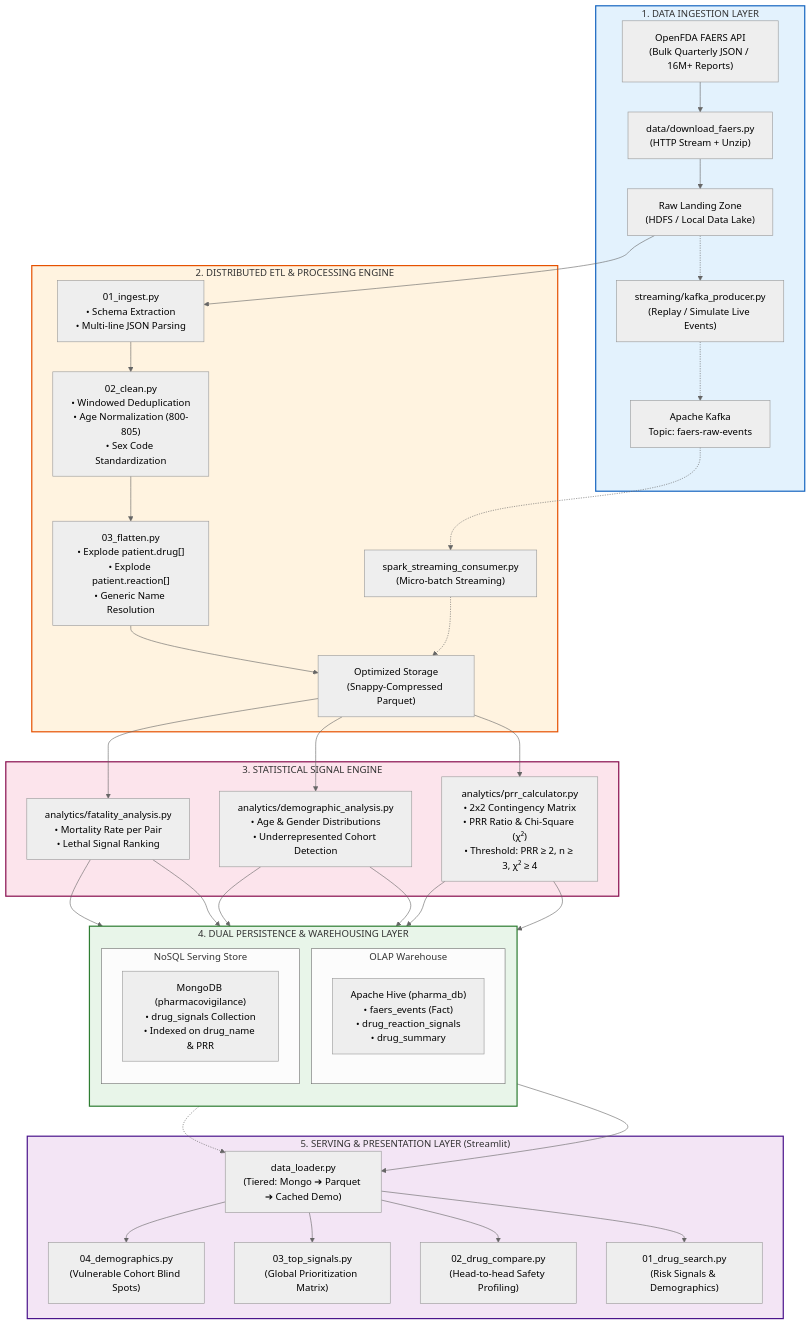
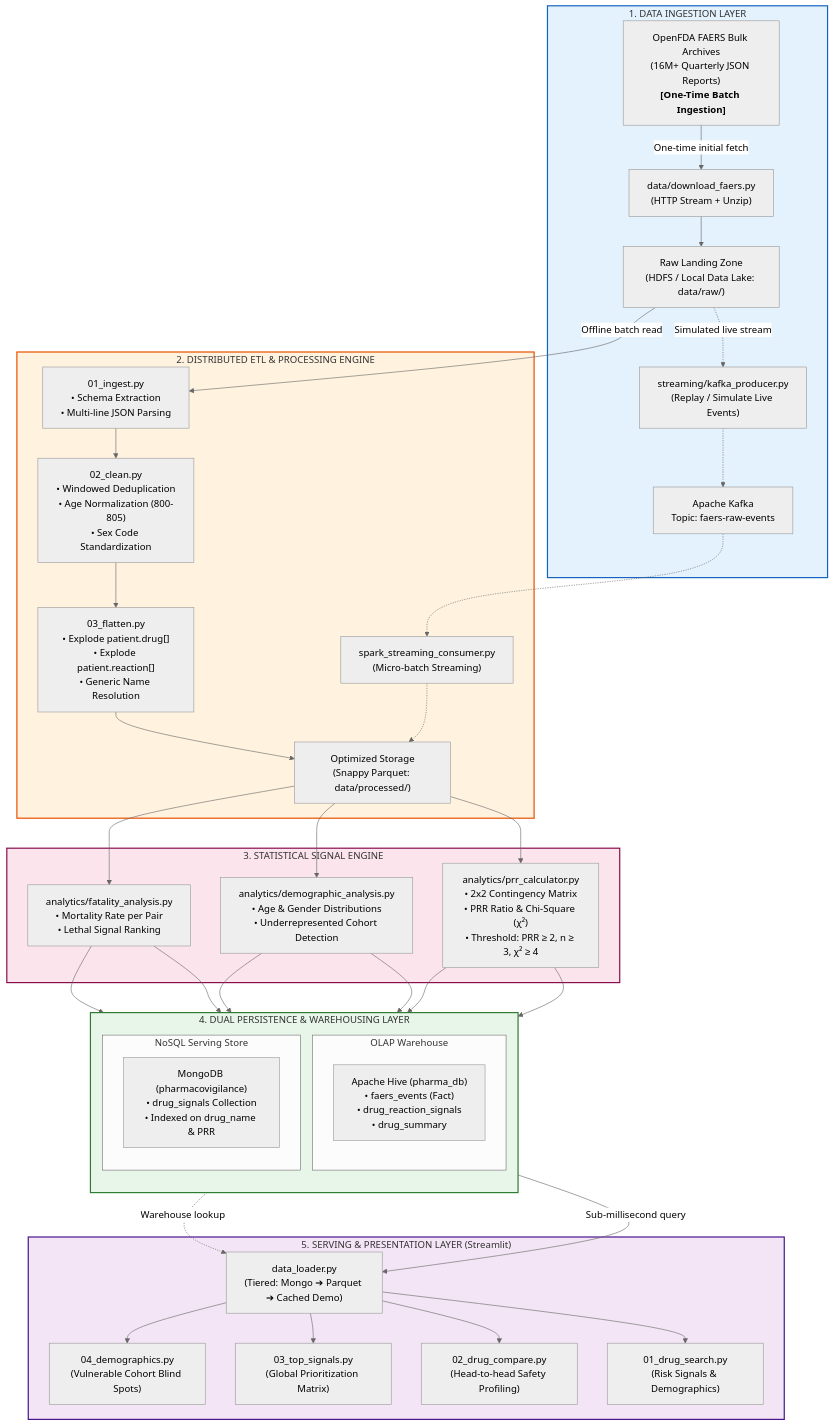
One commit to ranjanaashish/pharmacovigilance-faers changed the diagram in README.md. Above: the diagram before and after it, drawn with Mermaid (neutral theme). The commit also changed other lines of this file, not shown here.

Commit message:
Clarify one-time batch ingestion vs local runtime execution in architecture diagram

````diff
--- a/README.md
+++ b/README.md
@@ -32,72 +35,72 @@
 ```mermaid
 flowchart TD
     subgraph S1["1. DATA INGESTION LAYER"]
-        D1["OpenFDA FAERS API<br/>(Bulk Quarterly JSON / 16M+ Reports)"]
+        D1["OpenFDA FAERS Bulk Archives<br/>(16M+ Quarterly JSON Reports)<br/><b>[One-Time Batch Ingestion]</b>"]
         DL["data/download_faers.py<br/>(HTTP Stream + Unzip)"]
-        RAW["Raw Landing Zone<br/>(HDFS / Local Data Lake)"]
+        RAW["Raw Landing Zone<br/>(HDFS / Local Data Lake: data/raw/)"]
         K_PROD["streaming/kafka_producer.py<br/>(Replay / Simulate Live Events)"]
         KAFKA["Apache Kafka<br/>Topic: faers-raw-events"]
         
-        D1 --> DL --> RAW
-        RAW -.-> K_PROD -.-> KAFKA
+        D1 -->|One-time initial fetch| DL --> RAW
+        RAW -.->|Simulated live stream| K_PROD -.-> KAFKA
     end
 
     subgraph S2["2. DISTRIBUTED ETL & PROCESSING ENGINE"]
         INGEST["01_ingest.py<br/>• Schema Extraction<br/>• Multi-line JSON Parsing"]
         CLEAN["02_clean.py<br/>• Windowed Deduplication<br/>• Age Normalization (800-805)<br/>• Sex Code Standardization"]
         FLATTEN["03_flatten.py<br/>• Explode patient.drug[]<br/>• Explode patient.reaction[]<br/>• Generic Name Resolution"]
-        PARQUET["Optimized Storage<br/>(Snappy-Compressed Parquet)"]
+        PARQUET["Optimized Storage<br/>(Snappy Parquet: data/processed/)"]
 
-        RAW --> INGEST --> CLEAN --> FLATTEN --> PARQUET
+        RAW -->|Offline batch read| INGEST --> CLEAN --> FLATTEN --> PARQUET
         KAFKA -.-> SPARK_STREAM["spark_streaming_consumer.py<br/>(Micro-batch Streaming)"] -.-> PARQUET
     end
 
     subgraph S3["3. STATISTICAL SIGNAL ENGINE"]
         PRR_CALC["analytics/prr_calculator.py<br/>• 2x2 Contingency Matrix<br/>• PRR Ratio & Chi-Square (χ²)<br/>• Threshold: PRR ≥ 2, n ≥ 3, χ² ≥ 4"]
         DEMO["analytics/demographic_analysis.py<br/>• Age & Gender Distributions<br/>• Underrepresented Cohort Detection"]
         FATAL["analytics/fatality_analysis.py<br/>• Mortality Rate per Pair<br/>• Lethal Signal Ranking"]
 
         PARQUET --> PRR_CALC
         PARQUET --> DEMO
         PARQUET --> FATAL
     end
 
     subgraph S4["4. DUAL PERSISTENCE & WAREHOUSING LAYER"]
         direction TB
         subgraph OLAP["OLAP Warehouse"]
             HIVE["Apache Hive (pharma_db)<br/>• faers_events (Fact)<br/>• drug_reaction_signals<br/>• drug_summary"]
         end
         subgraph OLTP["NoSQL Serving Store"]
             MONGO["MongoDB (pharmacovigilance)<br/>• drug_signals Collection<br/>• Indexed on drug_name & PRR"]
         end
 
         PRR_CALC --> HIVE
         DEMO --> HIVE
         FATAL --> HIVE
 
         PRR_CALC --> MONGO
         DEMO --> MONGO
         FATAL --> MONGO
     end
 
     subgraph S5["5. SERVING & PRESENTATION LAYER (Streamlit)"]
         LOADER["data_loader.py<br/>(Tiered: Mongo ➔ Parquet ➔ Cached Demo)"]
         UI1["01_drug_search.py<br/>(Risk Signals & Demographics)"]
         UI2["02_drug_compare.py<br/>(Head-to-head Safety Profiling)"]
         UI3["03_top_signals.py<br/>(Global Prioritization Matrix)"]
         UI4["04_demographics.py<br/>(Vulnerable Cohort Blind Spots)"]
 
-        MONGO --> LOADER
-        HIVE -.-> LOADER
+        MONGO -->|Sub-millisecond query| LOADER
+        HIVE -.->|Warehouse lookup| LOADER
         LOADER --> UI1
         LOADER --> UI2
         LOADER --> UI3
         LOADER --> UI4
     end
 
     style S1 fill:#E3F2FD,stroke:#1565C0,stroke-width:2px
     style S2 fill:#FFF3E0,stroke:#E65100,stroke-width:2px
     style S3 fill:#FCE4EC,stroke:#880E4F,stroke-width:2px
     style S4 fill:#E8F5E9,stroke:#2E7D32,stroke-width:2px
     style S5 fill:#F3E5F5,stroke:#4A148C,stroke-width:2px
 ```
````
